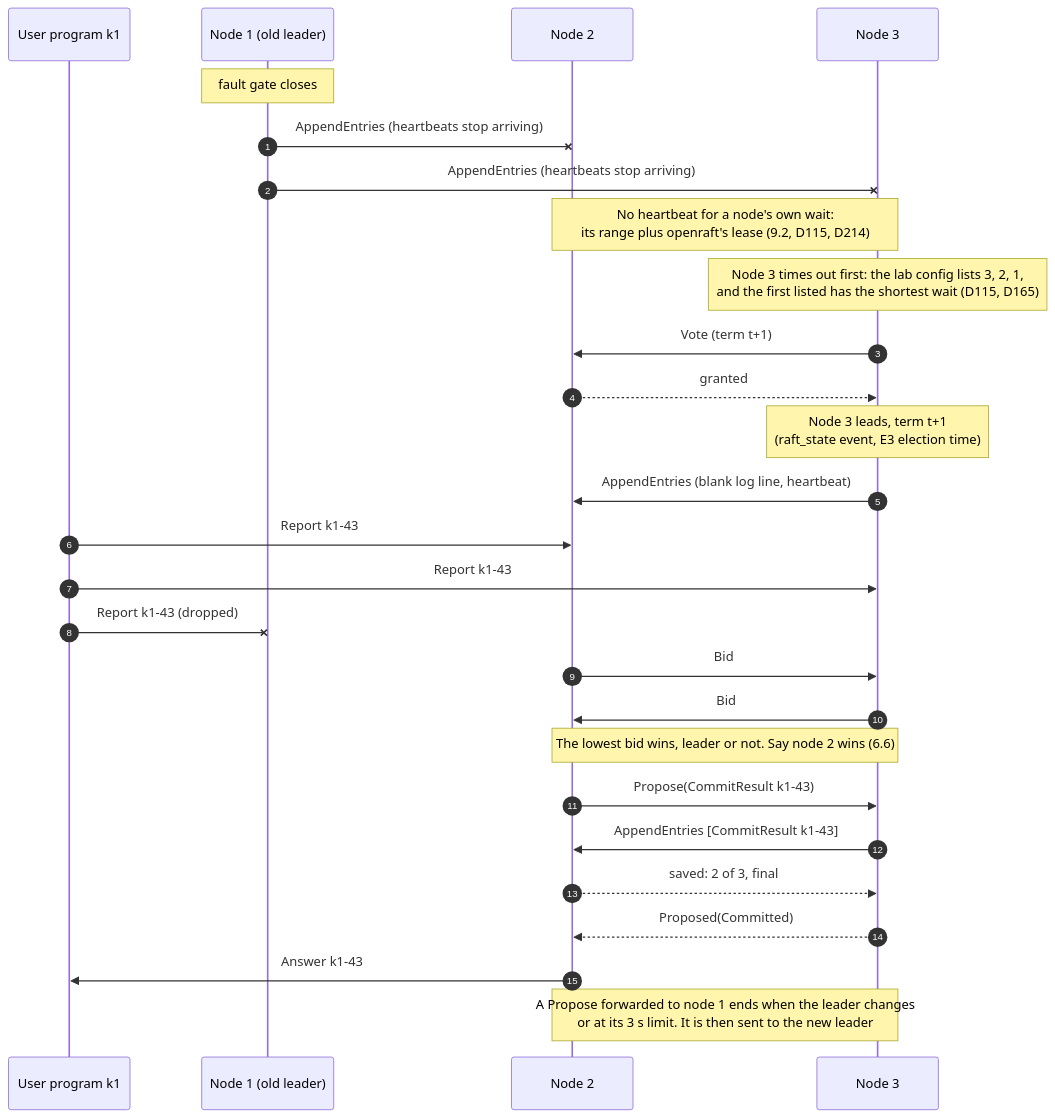
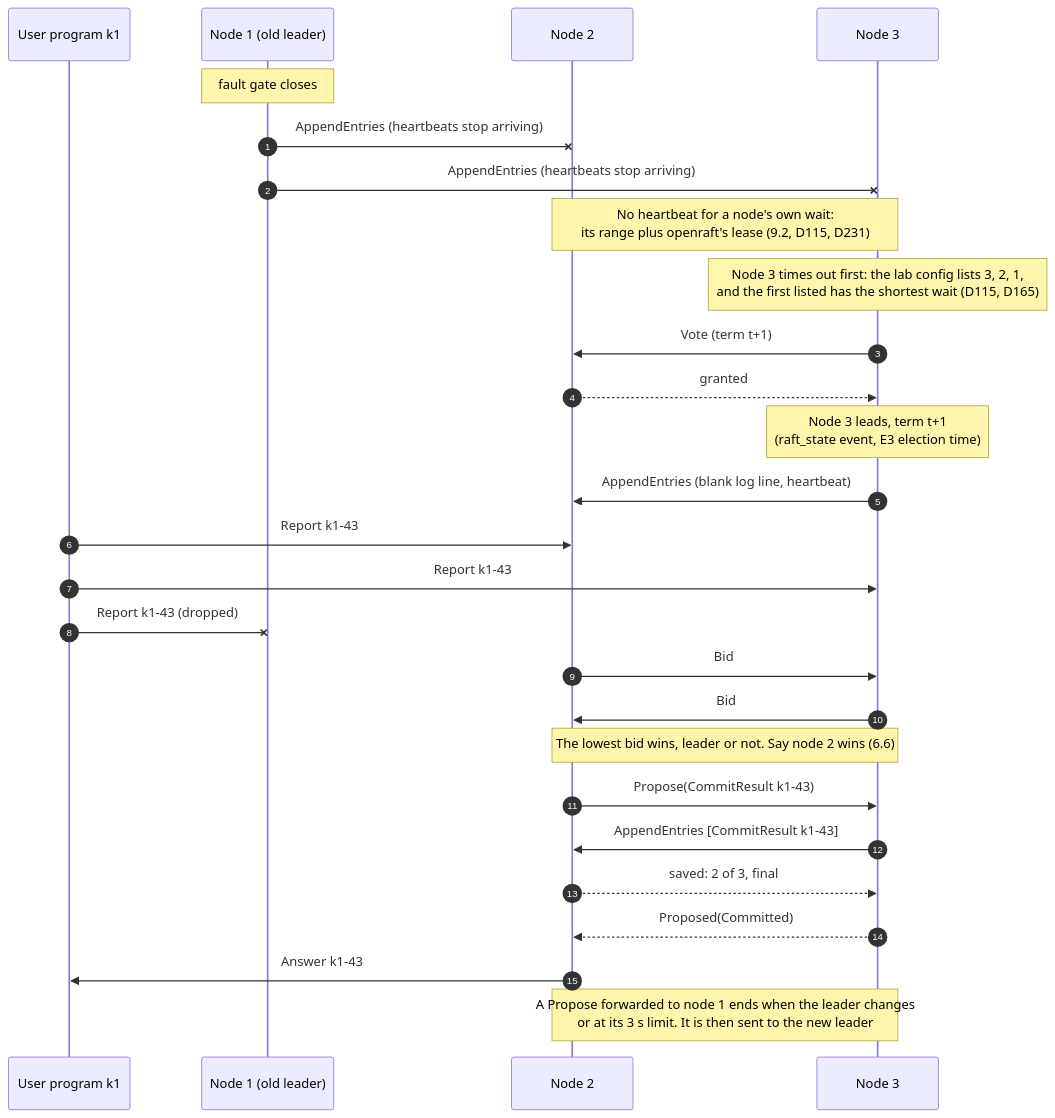
One commit to noortaytoy1/DistributedSystems changed diagram 20 of 48 in docs/architecture.md. Above: the diagram before and after it, drawn with Mermaid. The commit also changed other lines of this file and 2 other files, not shown here.

````diff
--- a/docs/architecture.md
+++ b/docs/architecture.md
@@ -964,29 +964,29 @@
 ```mermaid
 sequenceDiagram
     autonumber
     participant K as User program k1
     participant N1 as Node 1 (old leader)
     participant N2 as Node 2
     participant N3 as Node 3
     Note over N1: fault gate closes
     N1-xN2: AppendEntries (heartbeats stop arriving)
     N1-xN3: AppendEntries (heartbeats stop arriving)
-    Note over N2,N3: No heartbeat for a node's own wait:<br/>its range plus openraft's lease (9.2, D115, D214)
+    Note over N2,N3: No heartbeat for a node's own wait:<br/>its range plus openraft's lease (9.2, D115, D231)
     Note over N3: Node 3 times out first: the lab config lists 3, 2, 1,<br/>and the first listed has the shortest wait (D115, D165)
     N3->>N2: Vote (term t+1)
     N2-->>N3: granted
     Note over N3: Node 3 leads, term t+1<br/>(raft_state event, E3 election time)
     N3->>N2: AppendEntries (blank log line, heartbeat)
     K->>N2: Report k1-43
     K->>N3: Report k1-43
     K-xN1: Report k1-43 (dropped)
     N2->>N3: Bid
     N3->>N2: Bid
     Note over N2,N3: The lowest bid wins, leader or not. Say node 2 wins (6.6)
     N2->>N3: Propose(CommitResult k1-43)
     N3->>N2: AppendEntries [CommitResult k1-43]
     N2-->>N3: saved: 2 of 3, final
     N3-->>N2: Proposed(Committed)
     N2->>K: Answer k1-43
     Note over N2,N3: A Propose forwarded to node 1 ends when the leader changes<br/>or at its 3 s limit. It is then sent to the new leader
 ```
````
